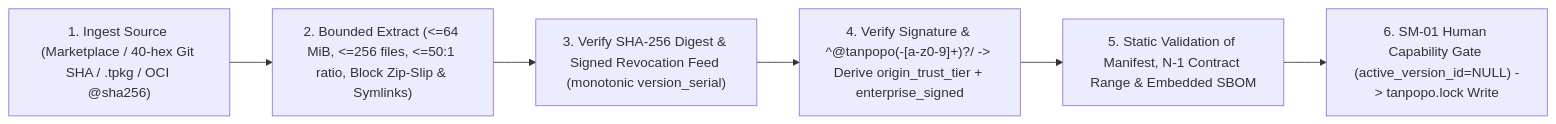
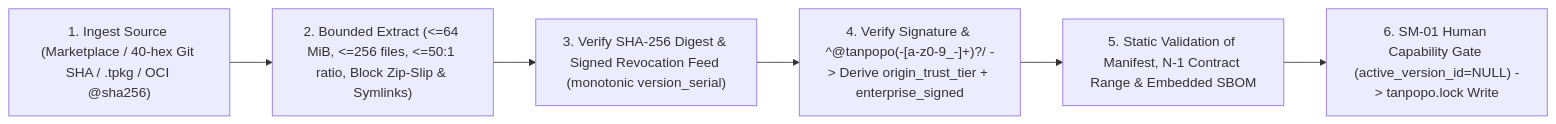
The diagram in docs/security/plugin-sandbox-and-supply-chain.md (nguywnben/tanpopo), drawn with Mermaid before and after one commit. The commit also changed other lines of this file and 247 other files, not shown here.

````diff
--- a/docs/security/plugin-sandbox-and-supply-chain.md
+++ b/docs/security/plugin-sandbox-and-supply-chain.md
@@ -28,8 +28,8 @@
 ```mermaid
 flowchart LR
     P1["1. Ingest Source (Marketplace / 40-hex Git SHA / .tpkg / OCI @sha256)"] --> P2["2. Bounded Extract (<=64 MiB, <=256 files, <=50:1 ratio, Block Zip-Slip & Symlinks)"]
     P2 --> P3["3. Verify SHA-256 Digest & Signed Revocation Feed (monotonic version_serial)"]
-    P3 --> P4["4. Verify Signature & ^@tanpopo(-[a-z0-9]+)?/ -> Derive origin_trust_tier + enterprise_signed"]
+    P3 --> P4["4. Verify Signature & ^@tanpopo(-[a-z0-9_-]+)?/ -> Derive origin_trust_tier + enterprise_signed"]
     P4 --> P5["5. Static Validation of Manifest, N-1 Contract Range & Embedded SBOM"]
     P5 --> P6["6. SM-01 Human Capability Gate (active_version_id=NULL) -> tanpopo.lock Write"]
 ```
````
